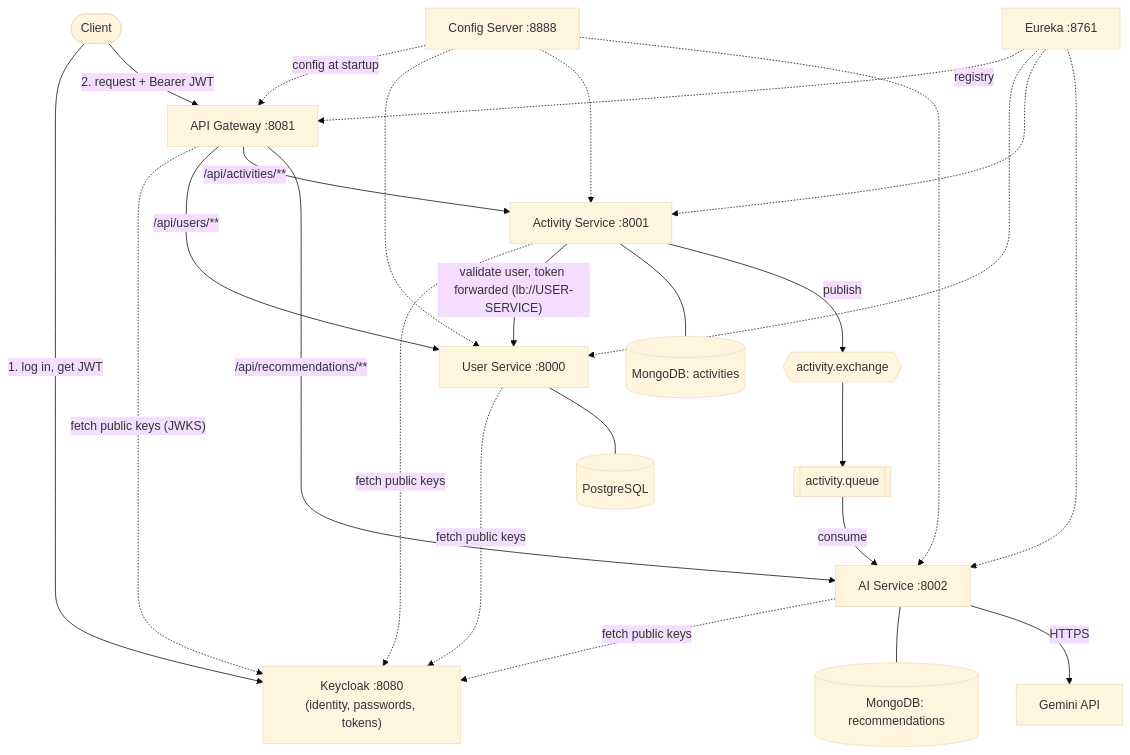
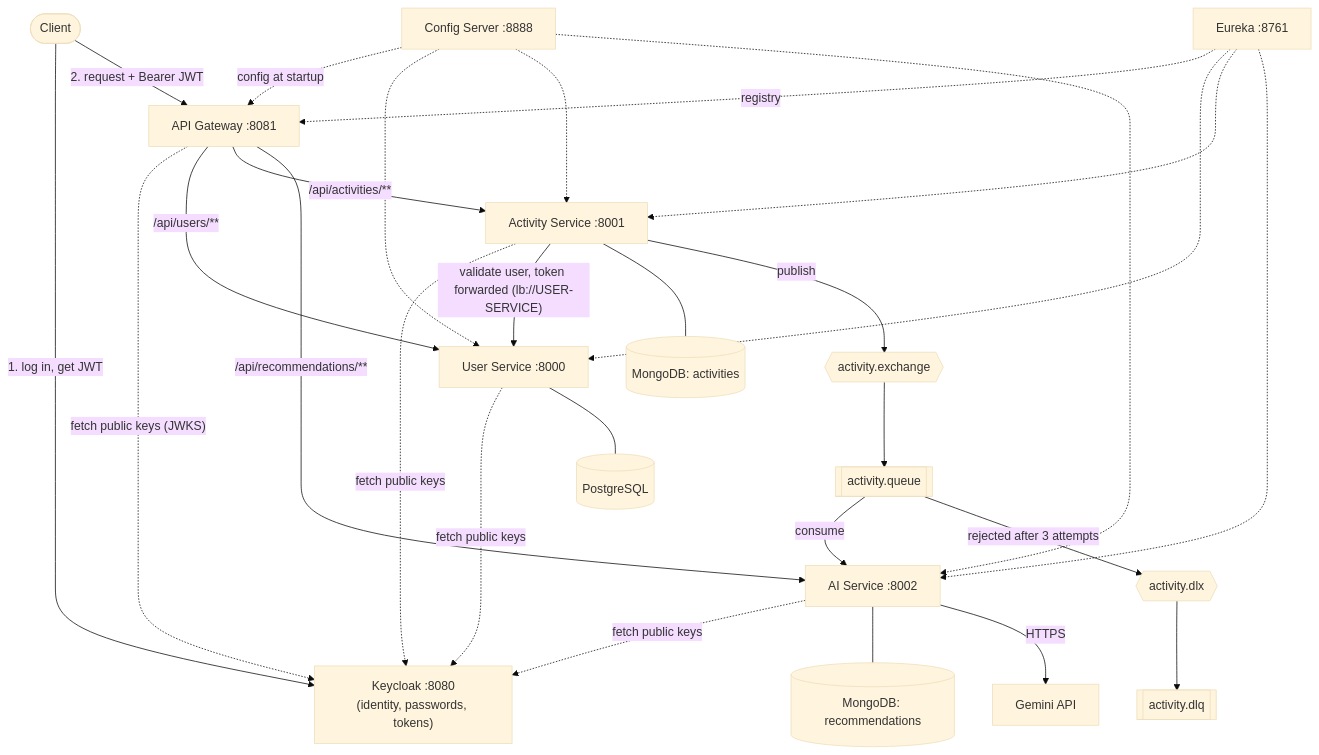
Before and after one commit to KaraboMatsepane/repwise: the first of 2 diagrams in README.md, drawn with Mermaid (base theme). The commit also changed other lines of this file and 10 other files, not shown here.

````diff
--- a/README.md
+++ b/README.md
@@ -32,34 +32,36 @@
 ```mermaid
 flowchart TD
     client([Client]) -->|"1. log in, get JWT"| kc["Keycloak :8080<br/>(identity, passwords, tokens)"]
     client -->|"2. request + Bearer JWT"| gw["API Gateway :8081"]
 
     gw -.->|"fetch public keys (JWKS)"| kc
     us -.->|"fetch public keys"| kc
     as -.->|"fetch public keys"| kc
     ai -.->|"fetch public keys"| kc
 
     gw -->|"/api/users/**"| us["User Service :8000"]
     gw -->|"/api/activities/**"| as["Activity Service :8001"]
     gw -->|"/api/recommendations/**"| ai["AI Service :8002"]
 
     as -->|"validate user, token forwarded (lb://USER-SERVICE)"| us
 
     us --- pg[("PostgreSQL")]
     as --- m1[("MongoDB: activities")]
     ai --- m2[("MongoDB: recommendations")]
 
     as -->|publish| ex{{"activity.exchange"}}
     ex --> q[["activity.queue"]]
     q -->|consume| ai
+    q -->|"rejected after 3 attempts"| dlx{{"activity.dlx"}}
+    dlx --> dlq[["activity.dlq"]]
     ai -->|HTTPS| gem["Gemini API"]
 
     cfg["Config Server :8888"] -.->|config at startup| gw
     cfg -.-> us
     cfg -.-> as
     cfg -.-> ai
     eu["Eureka :8761"] -.->|registry| gw
     eu -.-> us
     eu -.-> as
     eu -.-> ai
 ```
````
